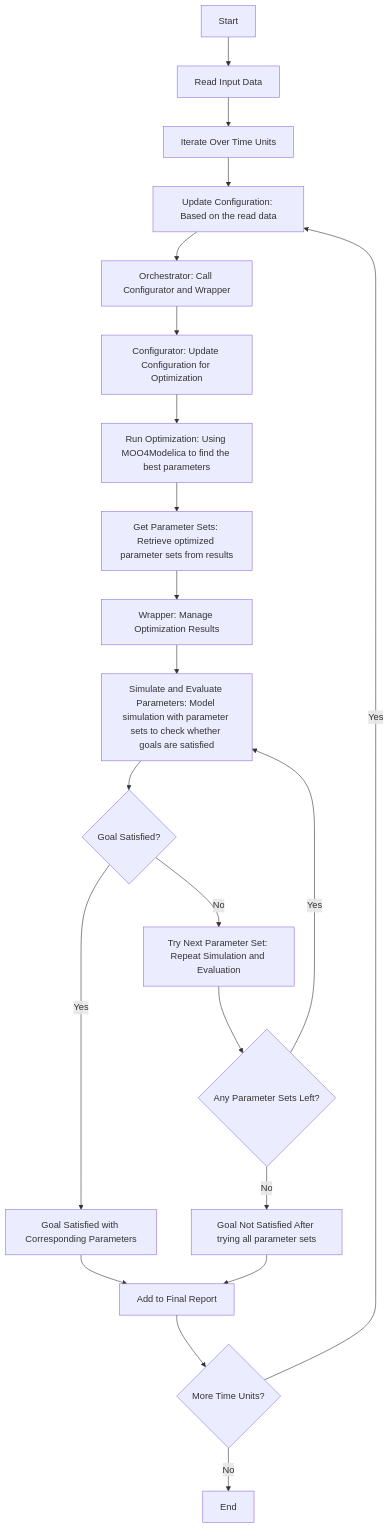
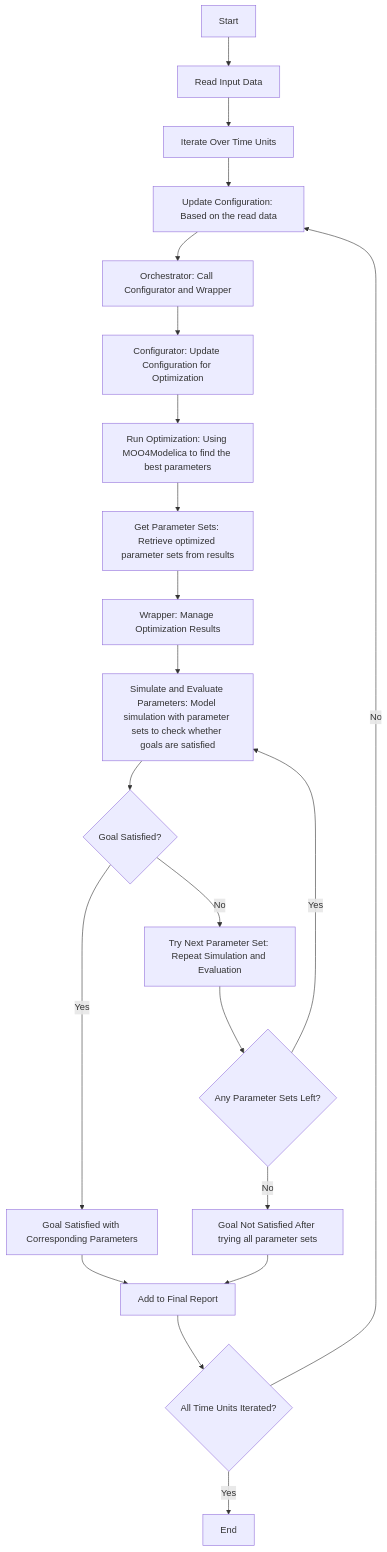
One commit to wangzizhe/OptiOrch changed the diagram in docs/OrchestrationWorkflow.md. Above: the diagram before and after it, drawn with Mermaid.

````diff
--- a/docs/OrchestrationWorkflow.md
+++ b/docs/OrchestrationWorkflow.md
@@ -27,21 +27,21 @@
 ```mermaid
 graph TD
     A[Start] --> B[Read Input Data]
     B --> C[Iterate Over Time Units]
     C --> D[Update Configuration: Based on the read data] --> E1[Orchestrator: Call Configurator and Wrapper]
     E1 --> E2[Configurator: Update Configuration for Optimization]
     E2 --> E[Run Optimization: Using MOO4Modelica to find the best parameters]
     E --> F[Get Parameter Sets: Retrieve optimized parameter sets from results] --> F1[Wrapper: Manage Optimization Results]
     F1 --> G[Simulate and Evaluate Parameters: Model simulation with parameter sets to check whether goals are satisfied]
     G --> H{Goal Satisfied?}
     H --> |Yes| I[Goal Satisfied with Corresponding Parameters]
     H --> |No| J[Try Next Parameter Set: Repeat Simulation and Evaluation]
     J --> K{Any Parameter Sets Left?}
     K --> |Yes| G
     K --> |No| L[Goal Not Satisfied After trying all parameter sets]
     I --> M[Add to Final Report]
     L --> M
-    M --> N{More Time Units?}
-    N --> |Yes| D
-    N --> |No| O[End]
+    M --> N{All Time Units Iterated?}
+    N --> |No| D
+    N --> |Yes| O[End]
 ```
````
